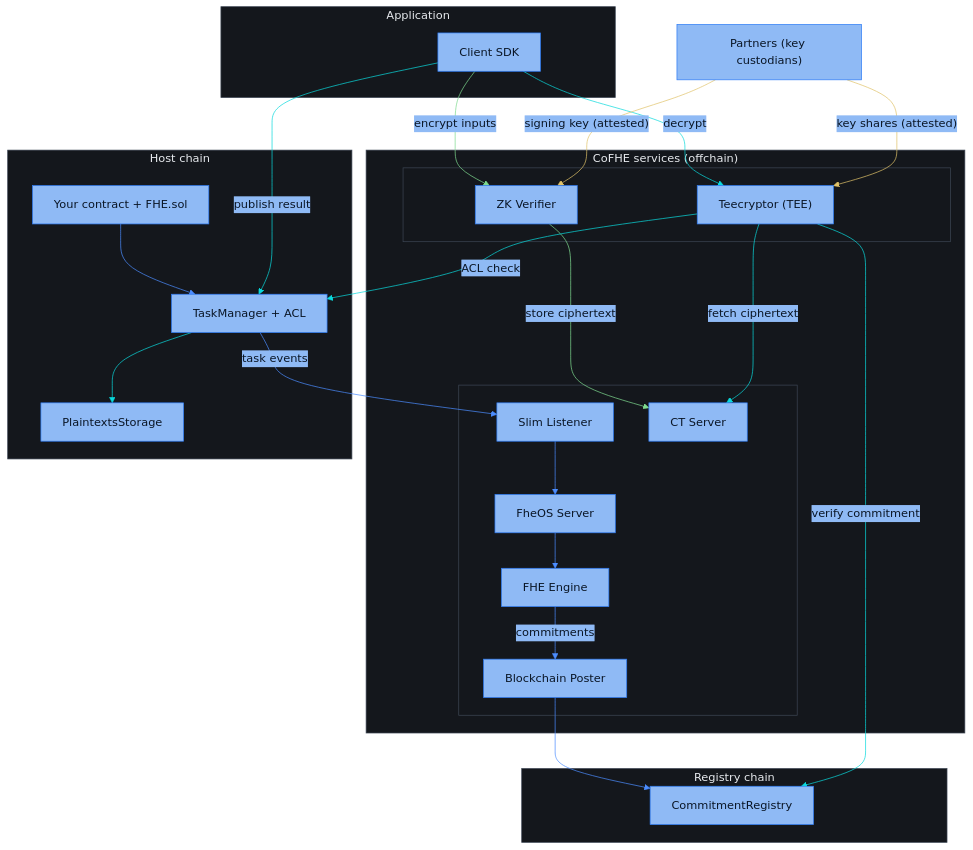
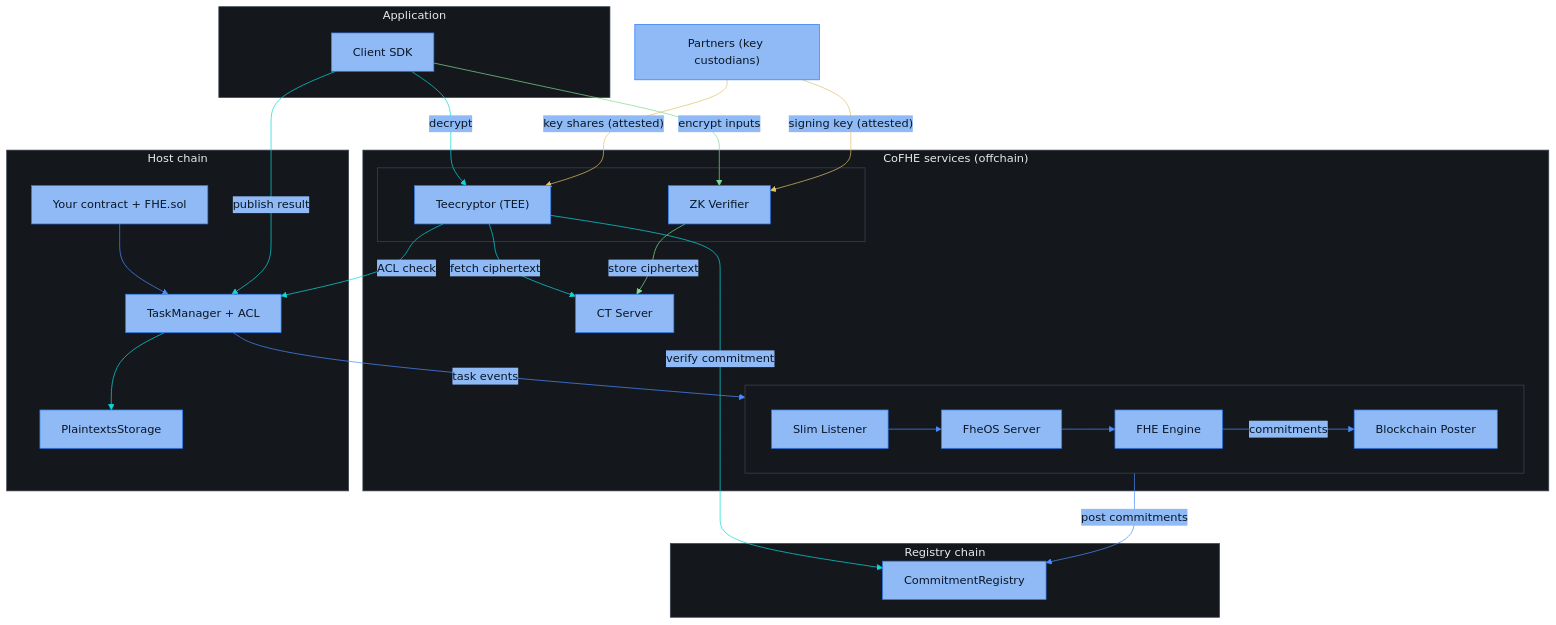
Before and after one commit to FhenixProtocol/fhenix-developer-docs: the diagram in deep-dive/cofhe-components/overview.mdx, drawn with Mermaid.

Commit message:
[DOCS] deep-dive/overview: Teecryptor first, CT Server near the enclaves, horizontal service chain at the bottom

````diff
--- a/deep-dive/cofhe-components/overview.mdx
+++ b/deep-dive/cofhe-components/overview.mdx
@@ -8,54 +8,49 @@
 ```mermaid
 %%{init: {"theme": "base", "themeVariables": {"fontFamily": "Menlo, Monaco, Consolas, monospace", "fontSize": "16px", "primaryColor": "#8FBAF5", "primaryBorderColor": "#2E7CF6", "primaryTextColor": "#0A1626", "lineColor": "#4C8DFF", "signalColor": "#4C8DFF", "signalTextColor": "#8FA3BF", "actorBkg": "#8FBAF5", "actorBorder": "#2E7CF6", "actorTextColor": "#0A1626", "actorLineColor": "#3D4654", "noteBkgColor": "#14171C", "noteBorderColor": "#3D4654", "noteTextColor": "#AFC3DE", "activationBkgColor": "#1E3A5F", "activationBorderColor": "#4C8DFF", "clusterBkg": "#14171C", "clusterBorder": "#3D4654", "titleColor": "#E7EAEE", "edgeLabelBackground": "#8FBAF5", "textColor": "#AFC3DE", "labelTextColor": "#E7EAEE", "tertiaryColor": "#14171C", "loopTextColor": "#AFC3DE", "labelBoxBkgColor": "#1E3A5F", "labelBoxBorderColor": "#4C8DFF"}, "sequence": {"actorFontFamily": "Menlo, Monaco, Consolas, monospace", "messageFontFamily": "Menlo, Monaco, Consolas, monospace", "noteFontFamily": "Menlo, Monaco, Consolas, monospace", "width": 220, "actorFontSize": 16, "messageFontSize": 16, "noteFontSize": 15}}}%%
 flowchart TB
     PRT["Partners (key custodians)"]
 
     subgraph App["Application"]
         SDK["Client SDK"]
     end
 
     subgraph CoFHE["CoFHE services (offchain)"]
         subgraph TEES[" "]
+            TEE["Teecryptor (TEE)"]
             ZK["ZK Verifier"]
-            TEE["Teecryptor (TEE)"]
         end
+        CTS["CT Server"]
         subgraph K8S[" "]
-            SL["Slim Listener"]
-            FheOS["FheOS Server"]
-            Engine["FHE Engine"]
-            BP["Blockchain Poster"]
-            CTS["CT Server"]
+            direction LR
+            SL["Slim Listener"] --> FheOS["FheOS Server"] --> Engine["FHE Engine"] -- "commitments" --> BP["Blockchain Poster"]
         end
     end
 
     subgraph Host["Host chain"]
         FHEC["Your contract + FHE.sol"]
         TM["TaskManager + ACL"]
         PS["PlaintextsStorage"]
     end
 
     subgraph Registry["Registry chain"]
         CR["CommitmentRegistry"]
     end
 
-    SDK -- "encrypt inputs" --> ZK
-    ZK -- "store ciphertext" --> CTS
-    FHEC --> TM
-    TM -- "task events" --> SL
-    SL --> FheOS
-    FheOS --> Engine
-    Engine -- "commitments" --> BP
-    BP --> CR
     SDK -- "decrypt" --> TEE
     TEE -- "ACL check" --> TM
     TEE -- "fetch ciphertext" --> CTS
     TEE -- "verify commitment" --> CR
+    SDK -- "encrypt inputs" --> ZK
+    ZK -- "store ciphertext" --> CTS
+    FHEC --> TM
+    TM -- "task events" --> K8S
+    K8S -- "post commitments" --> CR
     SDK -- "publish result" --> TM
     TM --> PS
     PRT -- "key shares (attested)" --> TEE
     PRT -- "signing key (attested)" --> ZK
 
-    linkStyle 0,1 stroke:#7FDB8F
-    linkStyle 8,9,10,11,12,13 stroke:#0AD9DC
+    linkStyle 7,8 stroke:#7FDB8F
+    linkStyle 3,4,5,6,12,13 stroke:#0AD9DC
     linkStyle 14,15 stroke:#E0C36A
 ```
````
